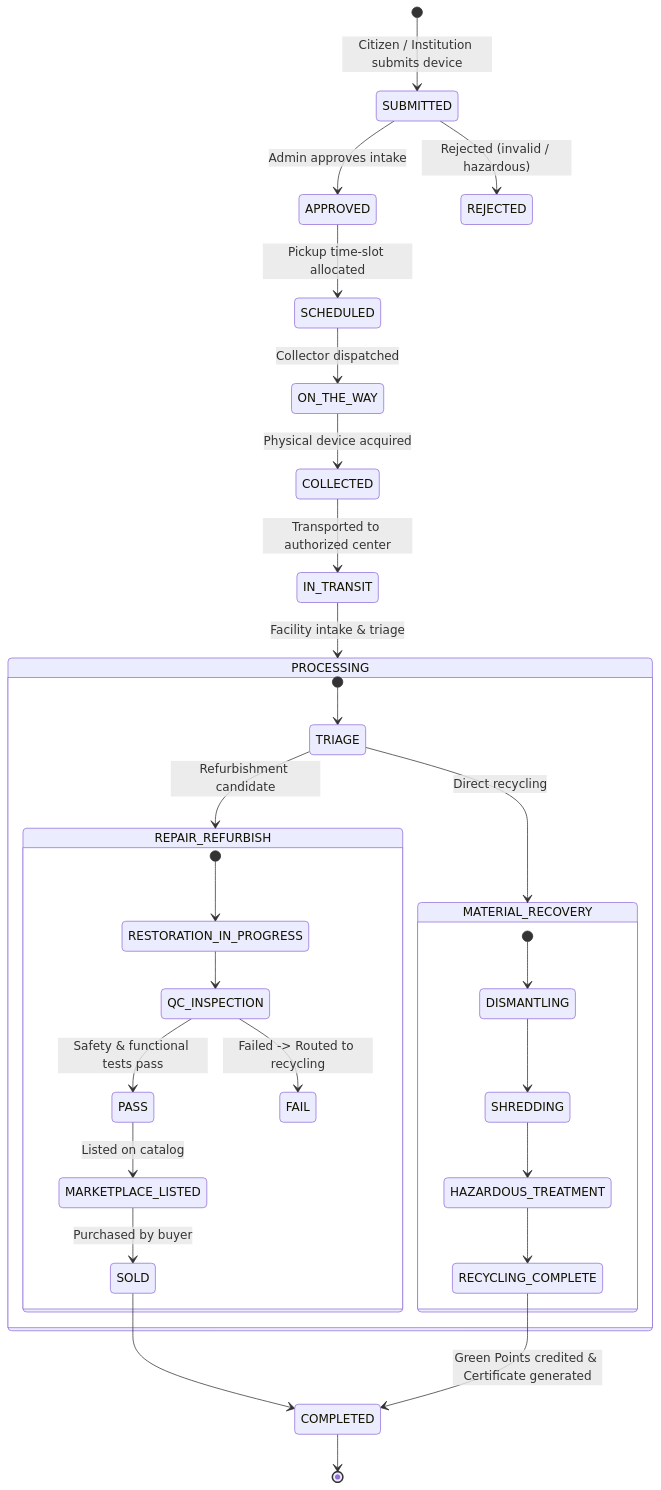
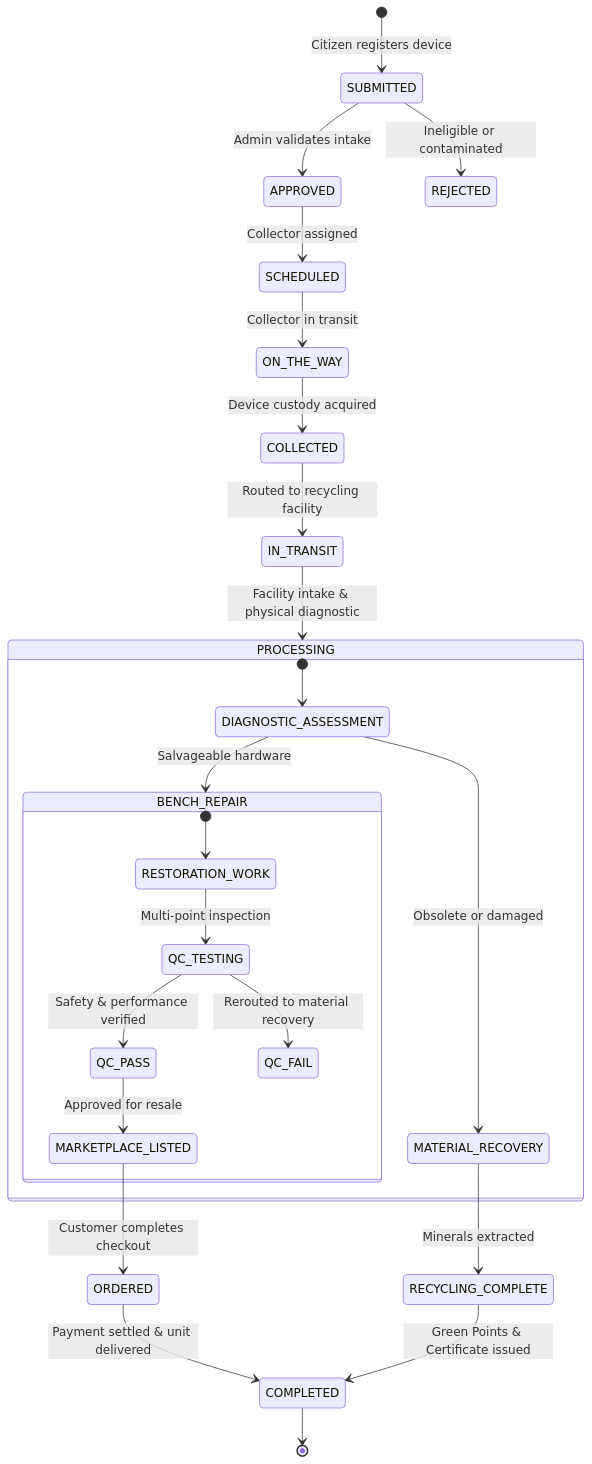
Before and after one commit to KavidharshanKD/E-Waste-Management: the second of 2 diagrams in PROJECT_DOCUMENTATION.md, drawn with Mermaid. The commit also changed other lines of this file, not shown here.

Commit message:
docs: enrich project documentation with full technical specifications, 3NF schema dictionary, ML algorithms, and faculty defense cheatsheet

````diff
--- a/PROJECT_DOCUMENTATION.md
+++ b/PROJECT_DOCUMENTATION.md
@@ -76,37 +170,31 @@
 ```mermaid
 stateDiagram-v2
-    [*] --> SUBMITTED: Citizen / Institution submits device
-    SUBMITTED --> APPROVED: Admin approves intake
-    SUBMITTED --> REJECTED: Rejected (invalid / hazardous)
-    APPROVED --> SCHEDULED: Pickup time-slot allocated
-    SCHEDULED --> ON_THE_WAY: Collector dispatched
-    ON_THE_WAY --> COLLECTED: Physical device acquired
-    COLLECTED --> IN_TRANSIT: Transported to authorized center
-    IN_TRANSIT --> PROCESSING: Facility intake & triage
-
+    [*] --> SUBMITTED: Citizen registers device
+    SUBMITTED --> APPROVED: Admin validates intake
+    SUBMITTED --> REJECTED: Ineligible or contaminated
+    APPROVED --> SCHEDULED: Collector assigned
+    SCHEDULED --> ON_THE_WAY: Collector in transit
+    ON_THE_WAY --> COLLECTED: Device custody acquired
+    COLLECTED --> IN_TRANSIT: Routed to recycling facility
+    IN_TRANSIT --> PROCESSING: Facility intake & physical diagnostic
+    
     state PROCESSING {
-        [*] --> TRIAGE
-        TRIAGE --> REPAIR_REFURBISH: Refurbishment candidate
-        TRIAGE --> MATERIAL_RECOVERY: Direct recycling
+        [*] --> DIAGNOSTIC_ASSESSMENT
+        DIAGNOSTIC_ASSESSMENT --> BENCH_REPAIR: Salvageable hardware
+        DIAGNOSTIC_ASSESSMENT --> MATERIAL_RECOVERY: Obsolete or damaged
     }
 
-    state REPAIR_REFURBISH {
-        [*] --> RESTORATION_IN_PROGRESS
-        RESTORATION_IN_PROGRESS --> QC_INSPECTION
-        QC_INSPECTION --> PASS: Safety & functional tests pass
-        QC_INSPECTION --> FAIL: Failed -> Routed to recycling
-        PASS --> MARKETPLACE_LISTED: Listed on catalog
-        MARKETPLACE_LISTED --> SOLD: Purchased by buyer
+    state BENCH_REPAIR {
+        [*] --> RESTORATION_WORK
+        RESTORATION_WORK --> QC_TESTING: Multi-point inspection
+        QC_TESTING --> QC_PASS: Safety & performance verified
+        QC_TESTING --> QC_FAIL: Rerouted to material recovery
+        QC_PASS --> MARKETPLACE_LISTED: Approved for resale
     }
 
-    state MATERIAL_RECOVERY {
-        [*] --> DISMANTLING
-        DISMANTLING --> SHREDDING
-        SHREDDING --> HAZARDOUS_TREATMENT
-        HAZARDOUS_TREATMENT --> RECYCLING_COMPLETE
-    }
-
-    SOLD --> COMPLETED
-    RECYCLING_COMPLETE --> COMPLETED: Green Points credited & Certificate generated
+    MARKETPLACE_LISTED --> ORDERED: Customer completes checkout
+    ORDERED --> COMPLETED: Payment settled & unit delivered
+    MATERIAL_RECOVERY --> RECYCLING_COMPLETE: Minerals extracted
+    RECYCLING_COMPLETE --> COMPLETED: Green Points & Certificate issued
     COMPLETED --> [*]
 ```
````
